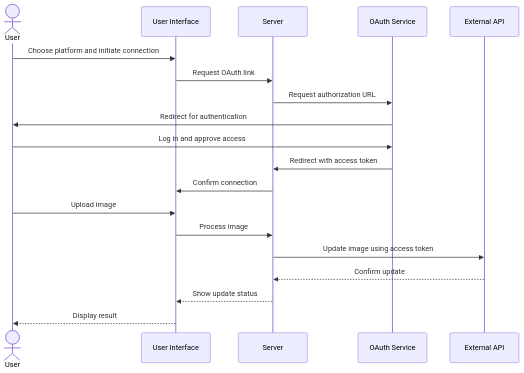
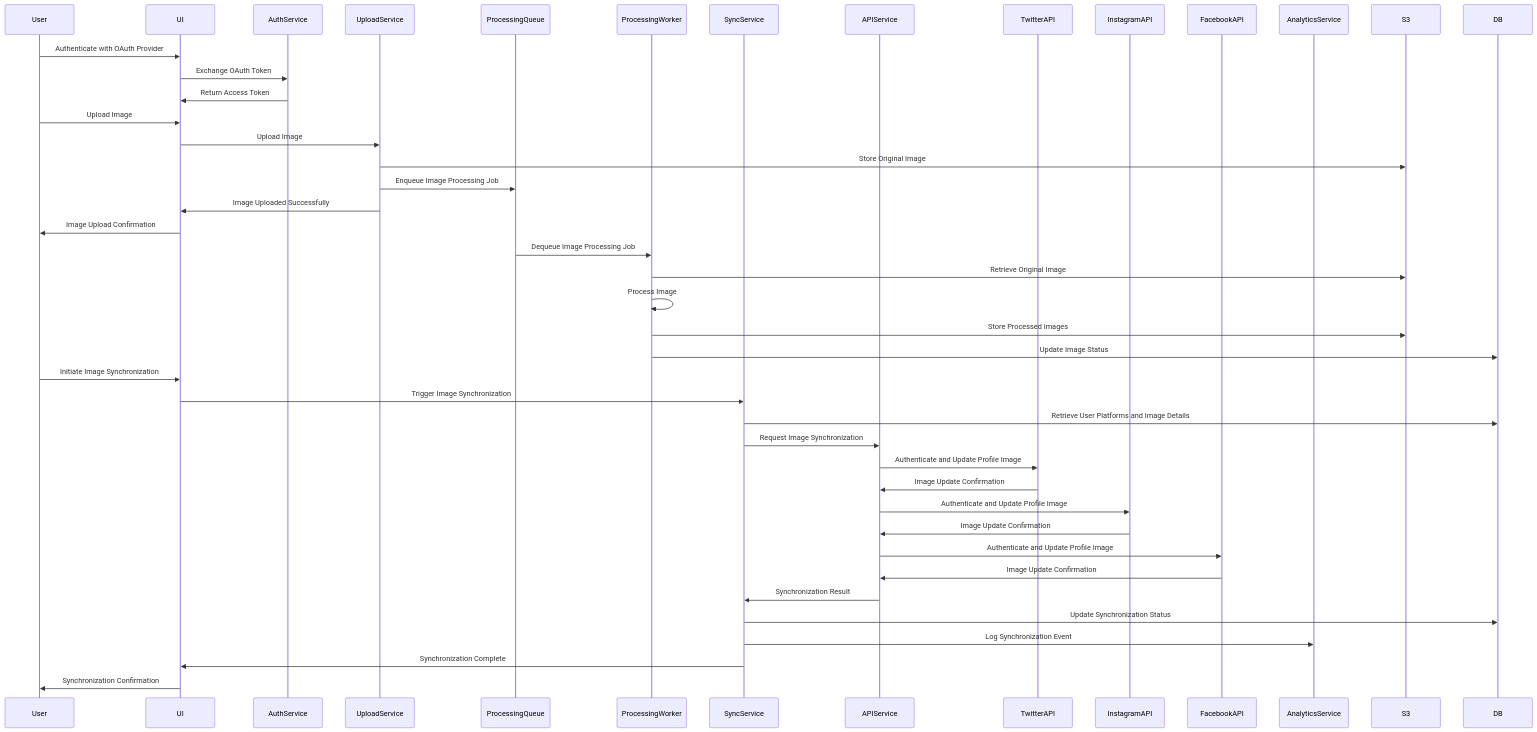
One commit to loftwah/brandsync changed the third of 3 diagrams in design.md. Above: the diagram before and after it, drawn with Mermaid. The commit also changed other lines of this file, not shown here.

````diff
--- a/design.md
+++ b/design.md
@@ -86,22 +283,49 @@
 ```mermaid
 sequenceDiagram
-    actor User
-    participant UI as User Interface
-    participant Server as Server
-    participant OAuth as OAuth Service
-    participant API as External API
-    
-    User->>UI: Choose platform and initiate connection
-    UI->>Server: Request OAuth link
-    Server->>OAuth: Request authorization URL
-    OAuth->>User: Redirect for authentication
-    User->>OAuth: Log in and approve access
-    OAuth->>Server: Redirect with access token
-    Server->>UI: Confirm connection
-    User->>UI: Upload image
-    UI->>Server: Process image
-    Server->>API: Update image using access token
-    API-->>Server: Confirm update
-    Server-->>UI: Show update status
-    UI-->>User: Display result
+    participant User
+    participant UI
+    participant AuthService
+    participant UploadService
+    participant ProcessingQueue
+    participant ProcessingWorker
+    participant SyncService
+    participant APIService
+    participant TwitterAPI
+    participant InstagramAPI
+    participant FacebookAPI
+    participant AnalyticsService
+
+    User->>UI: Authenticate with OAuth Provider
+    UI->>AuthService: Exchange OAuth Token
+    AuthService->>UI: Return Access Token
+    User->>UI: Upload Image
+    UI->>UploadService: Upload Image
+    UploadService->>S3: Store Original Image
+    UploadService->>ProcessingQueue: Enqueue Image Processing Job
+    UploadService->>UI: Image Uploaded Successfully
+    UI->>User: Image Upload Confirmation
+
+    ProcessingQueue->>ProcessingWorker: Dequeue Image Processing Job
+    ProcessingWorker->>S3: Retrieve Original Image
+    ProcessingWorker->>ProcessingWorker: Process Image
+    ProcessingWorker->>S3: Store Processed Images
+    ProcessingWorker->>DB: Update Image Status
+
+    User->>UI: Initiate Image Synchronization
+    UI->>SyncService: Trigger Image Synchronization
+    SyncService->>DB: Retrieve User Platforms and Image Details
+    SyncService->>APIService: Request Image Synchronization
+
+    APIService->>TwitterAPI: Authenticate and Update Profile Image
+    TwitterAPI->>APIService: Image Update Confirmation
+    APIService->>InstagramAPI: Authenticate and Update Profile Image
+    InstagramAPI->>APIService: Image Update Confirmation
+    APIService->>FacebookAPI: Authenticate and Update Profile Image
+    FacebookAPI->>APIService: Image Update Confirmation
+
+    APIService->>SyncService: Synchronization Result
+    SyncService->>DB: Update Synchronization Status
+    SyncService->>AnalyticsService: Log Synchronization Event
+    SyncService->>UI: Synchronization Complete
+    UI->>User: Synchronization Confirmation
 ```
````
